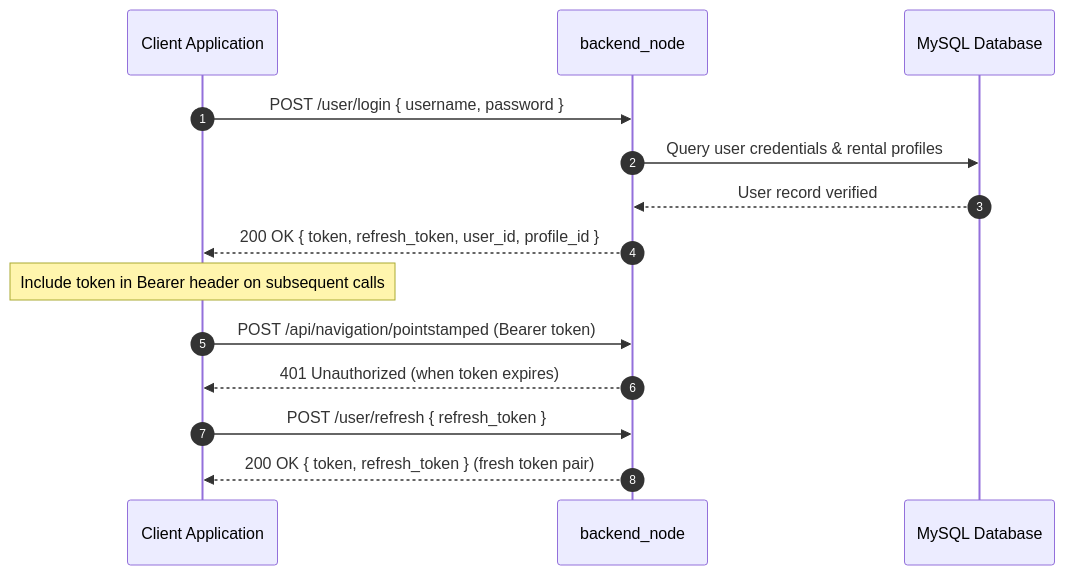
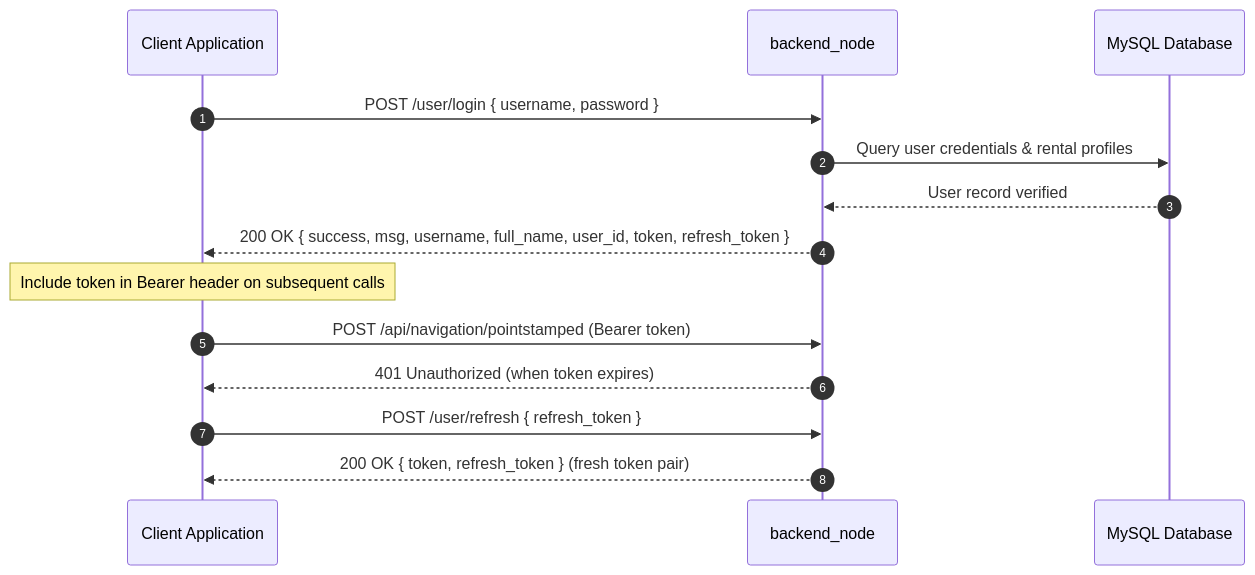
One commit to itbdelaboprogramming/msd700_documentation changed the first of 2 diagrams in docs/development/api-reference.md. Above: the diagram before and after it, drawn with Mermaid. The commit also changed other lines of this file and 110 other files, not shown here.

````diff
--- a/docs/development/api-reference.md
+++ b/docs/development/api-reference.md
@@ -35,19 +35,19 @@
 ```mermaid
 sequenceDiagram
   autonumber
   participant Client as Client Application
   participant Backend as backend_node
   participant DB as MySQL Database
 
   Client->>Backend: POST /user/login { username, password }
   Backend->>DB: Query user credentials & rental profiles
   DB-->>Backend: User record verified
-  Backend-->>Client: 200 OK { token, refresh_token, user_id, profile_id }
+  Backend-->>Client: 200 OK { success, msg, username, full_name, user_id, token, refresh_token }
   Note over Client: Include token in Bearer header on subsequent calls
 
   Client->>Backend: POST /api/navigation/pointstamped (Bearer token)
   Backend-->>Client: 401 Unauthorized (when token expires)
 
   Client->>Backend: POST /user/refresh { refresh_token }
   Backend-->>Client: 200 OK { token, refresh_token } (fresh token pair)
 ```
````
